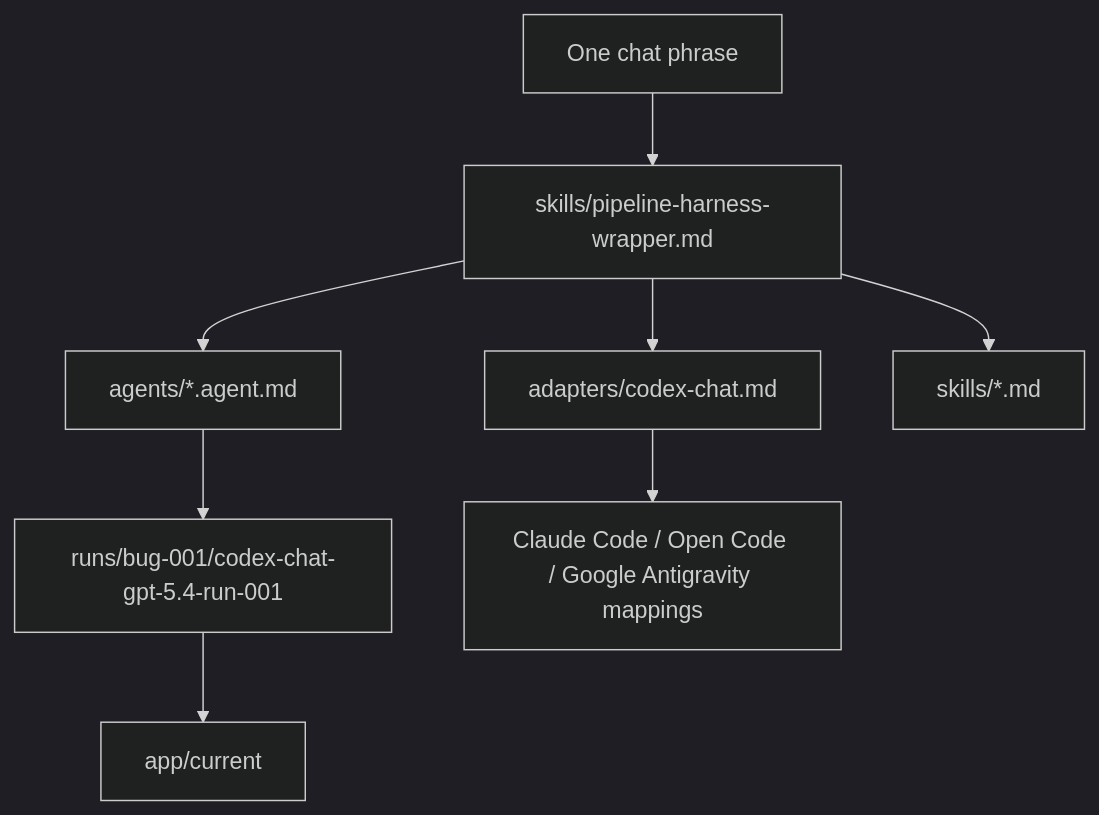
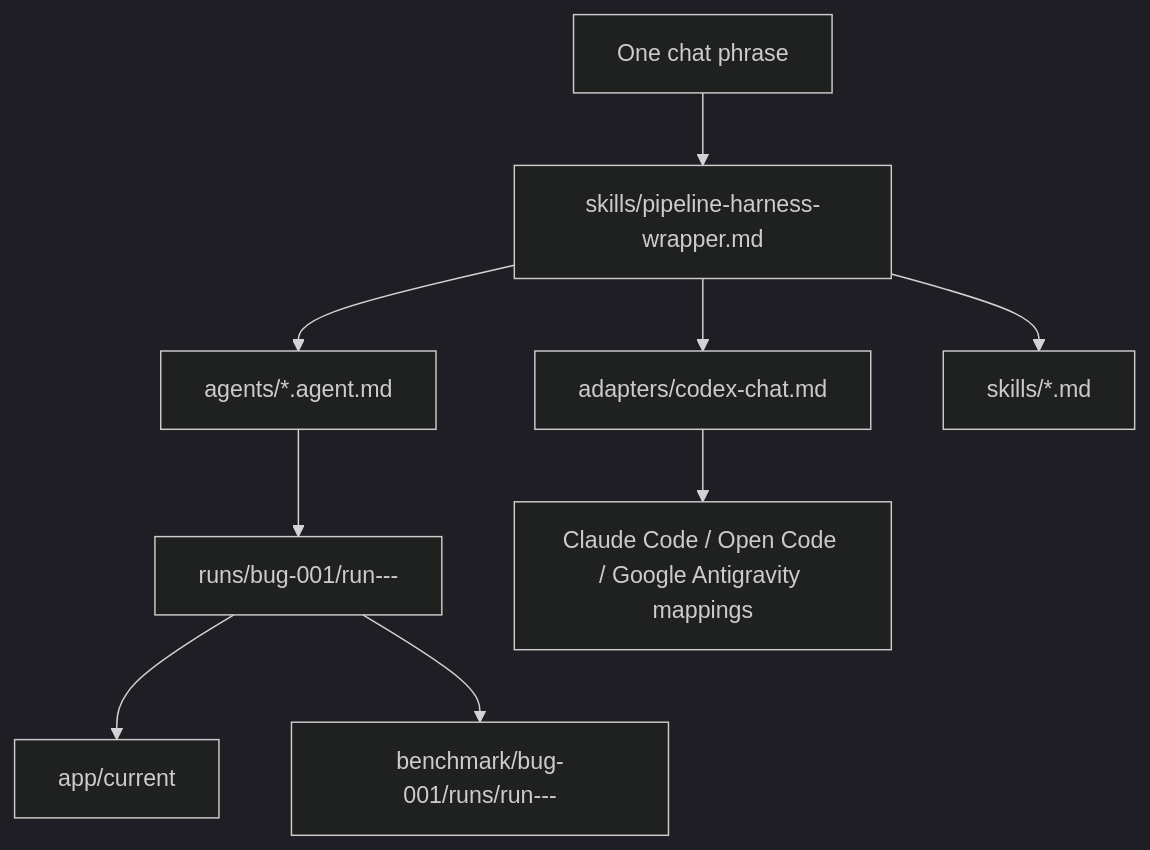
One commit to itxyzzz/gen-ai-se-hw changed the first of 2 diagrams in homework-4/ARCHITECTURE.md. Above: the diagram before and after it, drawn with Mermaid (dark theme). The commit also changed other lines of this file and 82 other files, not shown here.

````diff
--- a/homework-4/ARCHITECTURE.md
+++ b/homework-4/ARCHITECTURE.md
@@ -5,10 +5,11 @@
 ```mermaid
 flowchart TB
   Phrase["One chat phrase"] --> Harness["skills/pipeline-harness-wrapper.md"]
   Harness --> Adapter["adapters/codex-chat.md"]
   Harness --> Agents["agents/*.agent.md"]
   Harness --> Skills["skills/*.md"]
-  Agents --> Run["runs/bug-001/codex-chat-gpt-5.4-run-001"]
+  Agents --> Run["runs/bug-001/run-<NNN>-<tool>-<pattern>"]
   Run --> Current["app/current"]
+  Run --> Benchmark["benchmark/bug-001/runs/run-<NNN>-<tool>-<pattern>"]
   Adapter --> Portable["Claude Code / Open Code / Google Antigravity mappings"]
 ```
````
